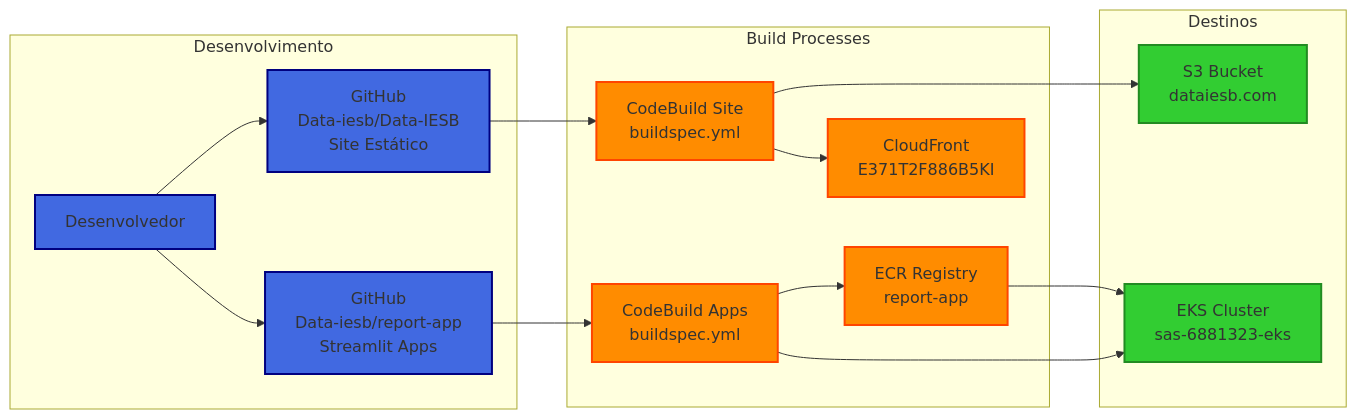
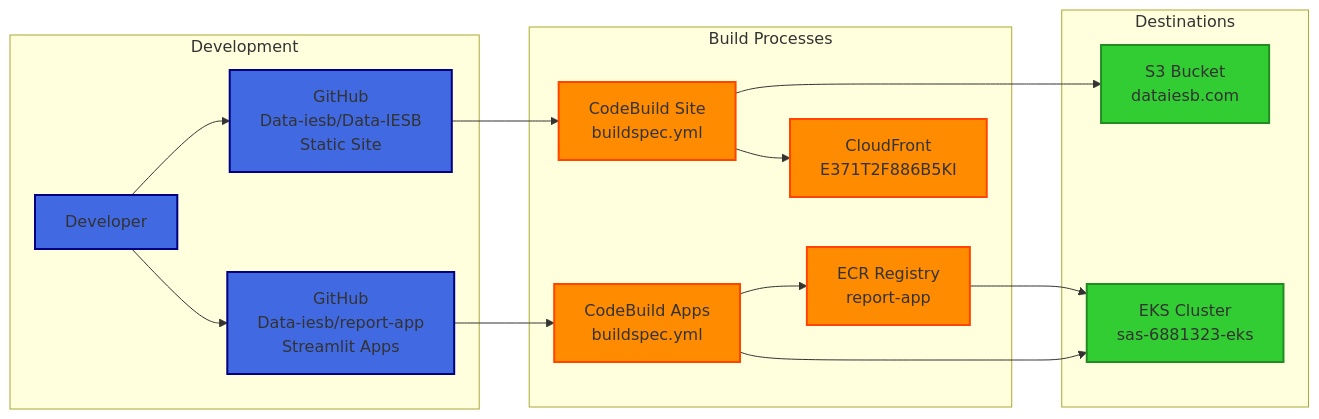
The third of 4 diagrams in README.md (Data-iesb/Data-IESB), drawn with Mermaid before and after one commit. The commit also changed other lines of this file, not shown here.

````diff
--- a/README.md
+++ b/README.md
@@ -133,38 +137,38 @@
 ```mermaid
 graph LR
-    subgraph "Desenvolvimento"
-        DEV[Desenvolvedor]
-        GH1[GitHub<br/>Data-iesb/Data-IESB<br/>Site Estático]
+    subgraph "Development"
+        DEV[Developer]
+        GH1[GitHub<br/>Data-iesb/Data-IESB<br/>Static Site]
         GH2[GitHub<br/>Data-iesb/report-app<br/>Streamlit Apps]
     end
     
     subgraph "Build Processes"
         CB1[CodeBuild Site<br/>buildspec.yml]
         CB2[CodeBuild Apps<br/>buildspec.yml]
         ECR[ECR Registry<br/>report-app]
         CF[CloudFront<br/>E371T2F886B5KI]
     end
     
-    subgraph "Destinos"
+    subgraph "Destinations"
         S3[S3 Bucket<br/>dataiesb.com]
         EKS[EKS Cluster<br/>sas-6881323-eks]
     end
     
     DEV --> GH1
     DEV --> GH2
     GH1 --> CB1
     GH2 --> CB2
     CB1 --> S3
     CB1 --> CF
     CB2 --> ECR
     ECR --> EKS
     CB2 --> EKS
     
     classDef devClass fill:#4169E1,stroke:#000080,stroke-width:2px
     classDef buildClass fill:#FF8C00,stroke:#FF4500,stroke-width:2px
     classDef destClass fill:#32CD32,stroke:#228B22,stroke-width:2px
     
     class DEV,GH1,GH2 devClass
     class CB1,CB2,ECR,CF buildClass
     class S3,EKS destClass
 ```
````
